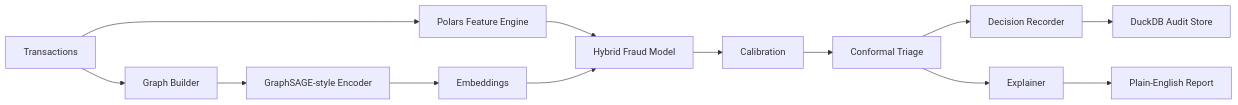
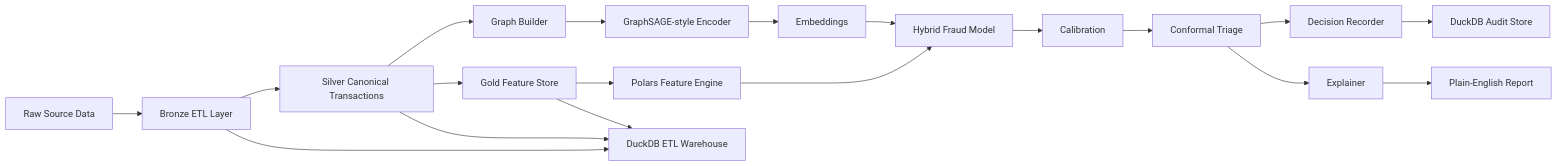
Before and after one commit to AngelP17/Rift: the first of 2 diagrams in README.md, drawn with Mermaid. The commit also changed other lines of this file and 9 other files, not shown here.

````diff
--- a/README.md
+++ b/README.md
@@ -10,15 +10,21 @@
 ```mermaid
 flowchart LR
-    A[Transactions] --> B[Polars Feature Engine]
-    A --> C[Graph Builder]
-    C --> D[GraphSAGE-style Encoder]
-    D --> E[Embeddings]
-    B --> F[Hybrid Fraud Model]
-    E --> F
-    F --> G[Calibration]
-    G --> H[Conformal Triage]
-    H --> I[Decision Recorder]
-    H --> J[Explainer]
-    I --> K[DuckDB Audit Store]
-    J --> L[Plain-English Report]
+    A[Raw Source Data] --> B[Bronze ETL Layer]
+    B --> C[Silver Canonical Transactions]
+    C --> D[Gold Feature Store]
+    D --> E[Polars Feature Engine]
+    C --> F[Graph Builder]
+    F --> G[GraphSAGE-style Encoder]
+    G --> H[Embeddings]
+    E --> I[Hybrid Fraud Model]
+    H --> I
+    I --> J[Calibration]
+    J --> K[Conformal Triage]
+    K --> L[Decision Recorder]
+    K --> M[Explainer]
+    L --> N[DuckDB Audit Store]
+    B --> O[DuckDB ETL Warehouse]
+    C --> O
+    D --> O
+    M --> P[Plain-English Report]
 ```
````
